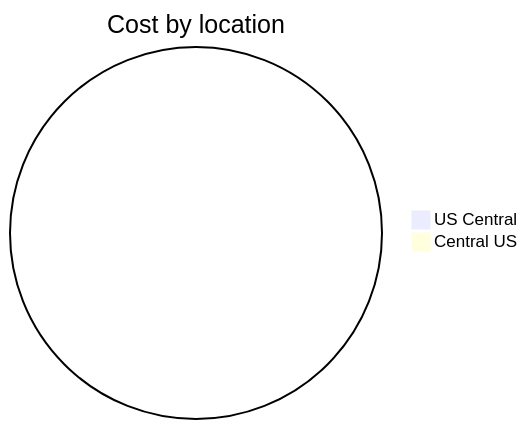
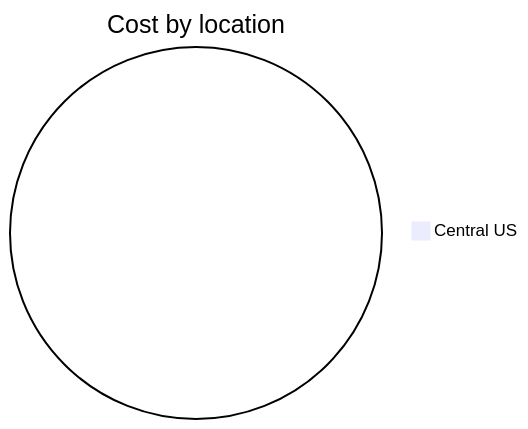
Before and after one commit to jpfulton/azure-personal-reports: the third of 4 diagrams in cost-reports/personal-site/personal-site-api-preview.md, drawn with Mermaid. The commit also changed other lines of this file and 7 other files, not shown here.

````diff
--- a/cost-reports/personal-site/personal-site-api-preview.md
+++ b/cost-reports/personal-site/personal-site-api-preview.md
@@ -112,6 +111,5 @@
 ```mermaid
 pie
    title Cost by location
-   "US Central" : 0.00
    "Central US" : 0.00
 ```
````
